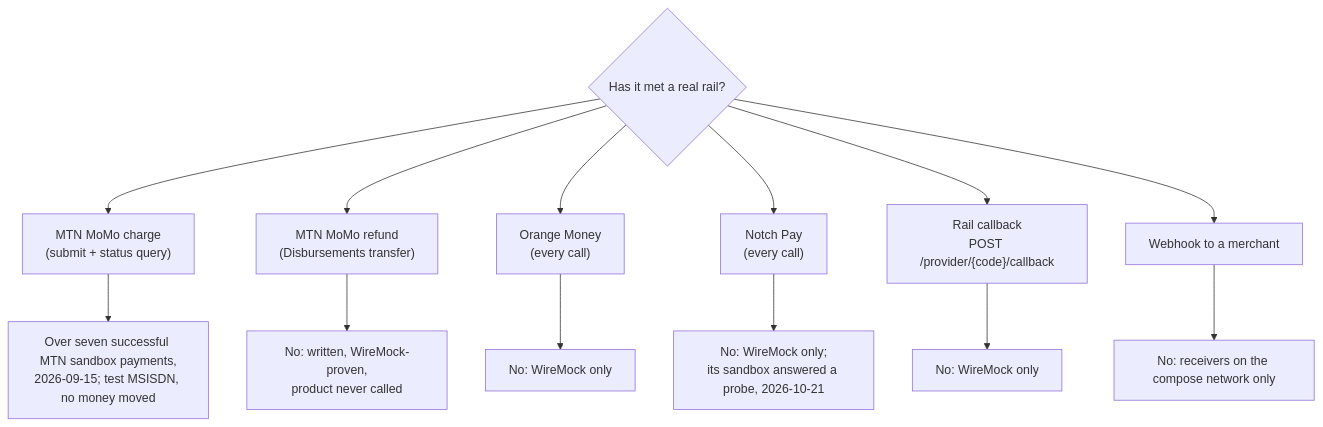
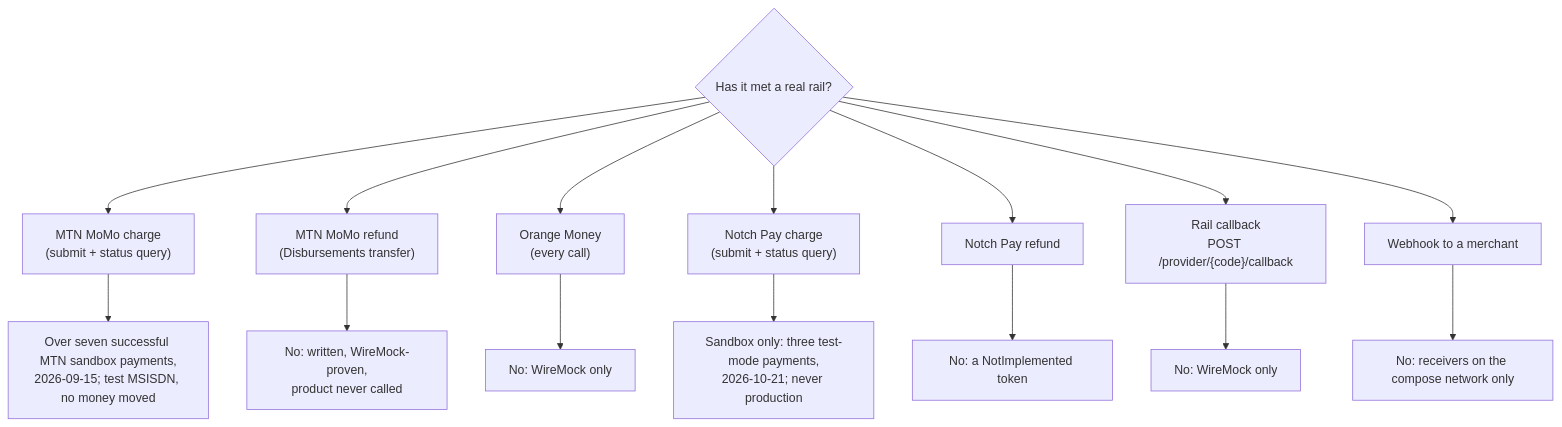
One commit to vaam-apps/vpay-docs changed the first of 2 diagrams in docs/guide/status.md. Above: the diagram before and after it, drawn with Mermaid. The commit also changed other lines of this file and 41 other files, not shown here.

````diff
--- a/docs/guide/status.md
+++ b/docs/guide/status.md
@@ -71,16 +87,18 @@
 ```mermaid
 flowchart TD
     Q{"Has it met a real rail?"}
     Q --> A["MTN MoMo charge<br/>(submit + status query)"]
     Q --> B["MTN MoMo refund<br/>(Disbursements transfer)"]
     Q --> C["Orange Money<br/>(every call)"]
-    Q --> N["Notch Pay<br/>(every call)"]
+    Q --> N["Notch Pay charge<br/>(submit + status query)"]
+    Q --> NR["Notch Pay refund"]
     Q --> D["Rail callback<br/>POST /provider/{code}/callback"]
     Q --> E["Webhook to a merchant"]
     A --> A1["Over seven successful MTN sandbox payments,<br/>2026-09-15; test MSISDN, no money moved"]
     B --> B1["No: written, WireMock-proven,<br/>product never called"]
     C --> C1["No: WireMock only"]
-    N --> N1["No: WireMock only;<br/>its sandbox answered a probe, 2026-10-21"]
+    N --> N1["Sandbox only: three test-mode payments,<br/>2026-10-21; never production"]
+    NR --> NR1["No: a NotImplemented token"]
     D --> D1["No: WireMock only"]
     E --> E1["No: receivers on the compose network only"]
 ```
````
